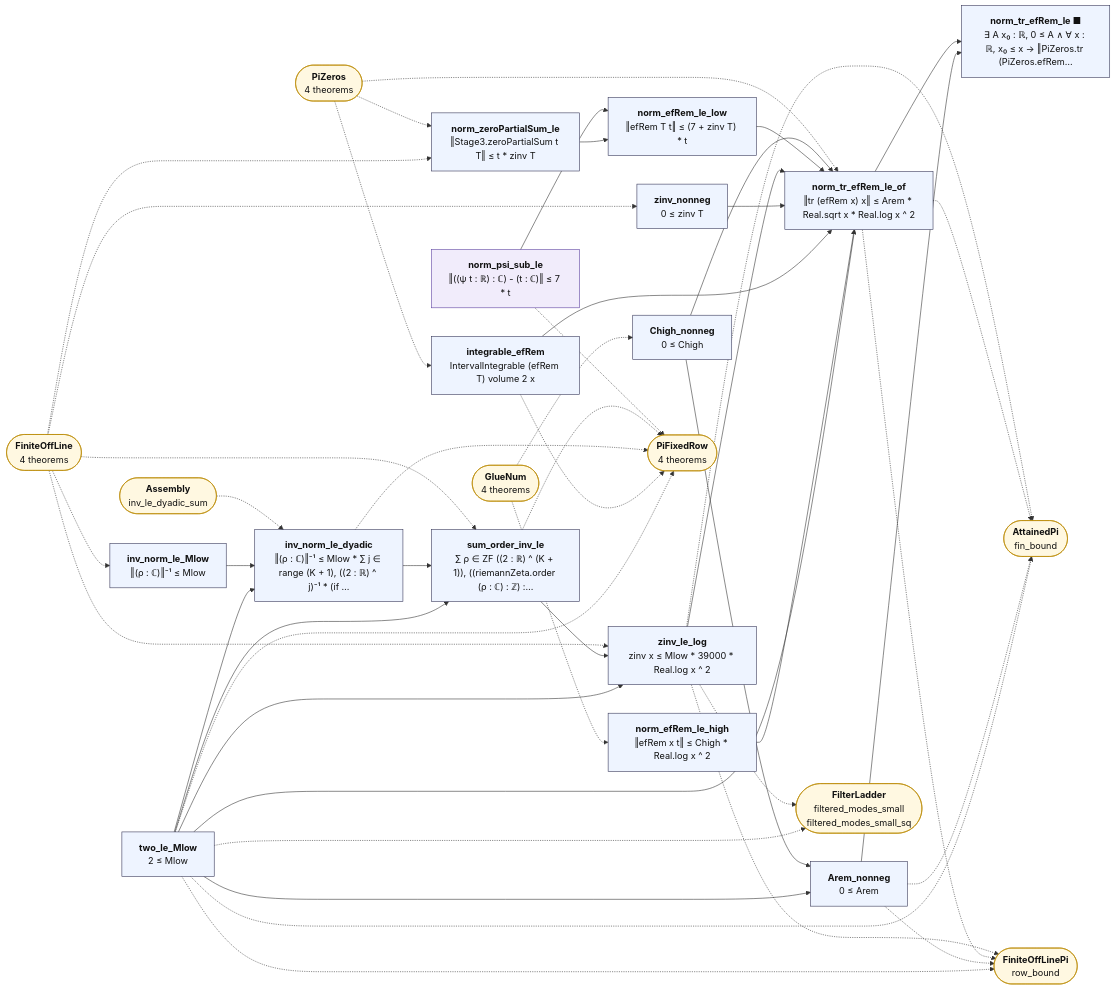
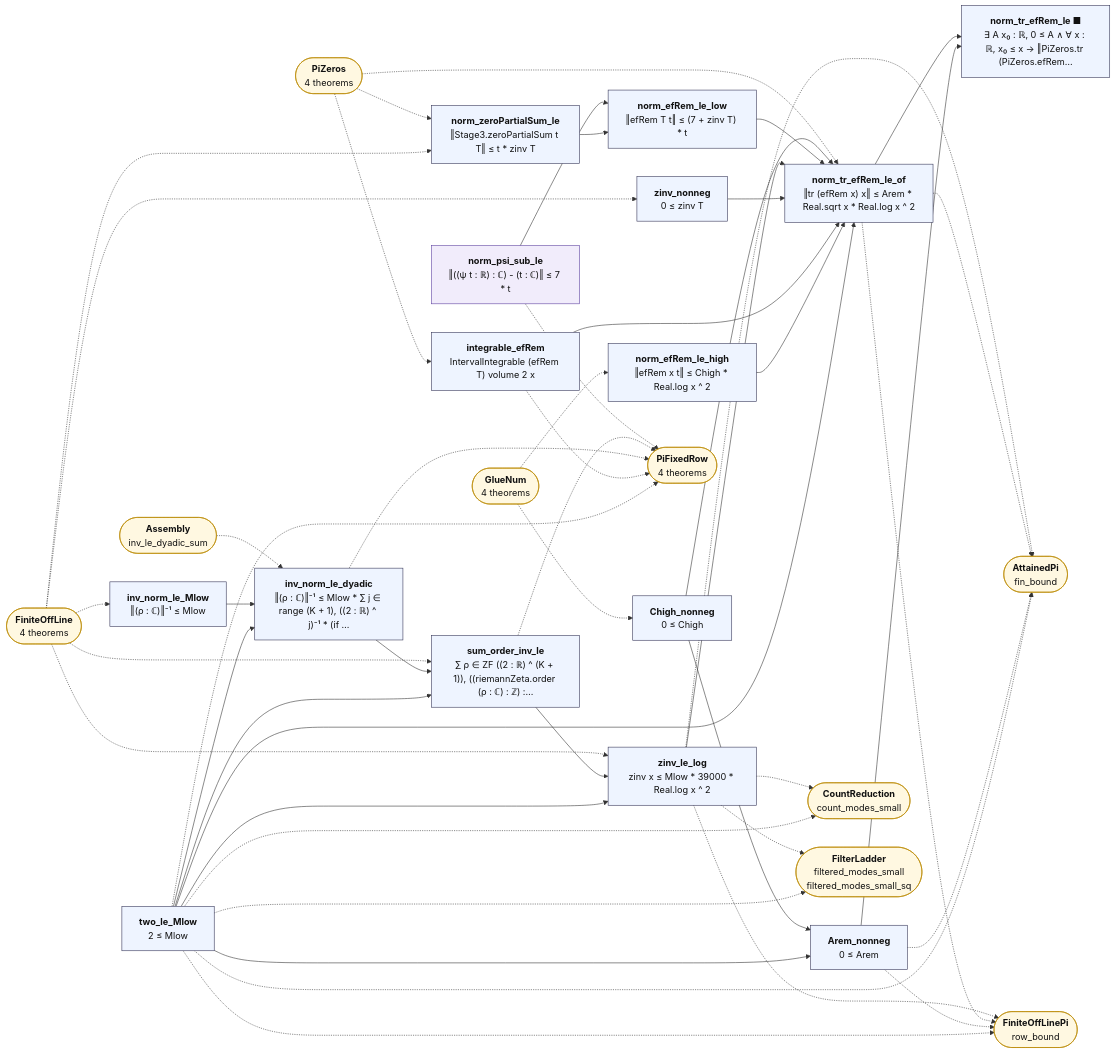
One commit to juliansambranojr/Primebeat_081426 changed the diagram in map/lean_stage3/PiRemainder.md. Above: the diagram before and after it, drawn with Mermaid. The commit also changed other lines of this file and 43 other files, not shown here.

First line of the commit message:
Block N2: the count's segments right of a line are small with a power saving (unit 0470)

````diff
--- a/map/lean_stage3/PiRemainder.md
+++ b/map/lean_stage3/PiRemainder.md
@@ -12,79 +12,82 @@
 ```mermaid
 flowchart LR
   n0["<b>two_le_Mlow</b><br/>2 ≤ Mlow"]:::thm
   n1["<b>inv_norm_le_Mlow</b><br/>‖(ρ : ℂ)‖⁻¹ ≤ Mlow"]:::thm
   n2["<b>inv_norm_le_dyadic</b><br/>‖(ρ : ℂ)‖⁻¹ ≤ Mlow * ∑ j ∈ range (K + 1), ((2 : ℝ) ^ j)⁻¹ * (if …"]:::thm
   n3["<b>sum_order_inv_le</b><br/>∑ ρ ∈ ZF ((2 : ℝ) ^ (K + 1)), ((riemannZeta.order (ρ : ℂ) : ℤ) :…"]:::thm
   n4["<b>zinv_nonneg</b><br/>0 ≤ zinv T"]:::thm
   n5["<b>zinv_le_log</b><br/>zinv x ≤ Mlow * 39000 * Real.log x ^ 2"]:::thm
   n6["<b>norm_zeroPartialSum_le</b><br/>‖Stage3.zeroPartialSum t T‖ ≤ t * zinv T"]:::thm
   n7["<b>norm_psi_sub_le</b><br/>‖((ψ t : ℝ) : ℂ) - (t : ℂ)‖ ≤ 7 * t"]:::shp
   n8["<b>norm_efRem_le_low</b><br/>‖efRem T t‖ ≤ (7 + zinv T) * t"]:::thm
   n9["<b>Chigh_nonneg</b><br/>0 ≤ Chigh"]:::thm
   n10["<b>norm_efRem_le_high</b><br/>‖efRem x t‖ ≤ Chigh * Real.log x ^ 2"]:::thm
   n11["<b>integrable_efRem</b><br/>IntervalIntegrable (efRem T) volume 2 x"]:::thm
   n12["<b>Arem_nonneg</b><br/>0 ≤ Arem"]:::thm
   n13["<b>norm_tr_efRem_le_of</b><br/>‖tr (efRem x) x‖ ≤ Arem * Real.sqrt x * Real.log x ^ 2"]:::thm
   n14["<b>norm_tr_efRem_le ■</b><br/>∃ A x₀ : ℝ, 0 ≤ A ∧ ∀ x : ℝ, x₀ ≤ x → ‖PiZeros.tr (PiZeros.efRem…"]:::thm
   x0(["<b>AttainedPi</b><br/>fin_bound"]):::ext
-  x1(["<b>FilterLadder</b><br/>filtered_modes_small<br/>filtered_modes_small_sq"]):::ext
-  x2(["<b>FiniteOffLinePi</b><br/>row_bound"]):::ext
-  x3(["<b>PiFixedRow</b><br/>4 theorems"]):::ext
-  x4(["<b>FiniteOffLine</b><br/>4 theorems"]):::ext
-  x5(["<b>Assembly</b><br/>inv_le_dyadic_sum"]):::ext
-  x6(["<b>PiZeros</b><br/>4 theorems"]):::ext
-  x7(["<b>GlueNum</b><br/>4 theorems"]):::ext
+  x1(["<b>CountReduction</b><br/>count_modes_small"]):::ext
+  x2(["<b>FilterLadder</b><br/>filtered_modes_small<br/>filtered_modes_small_sq"]):::ext
+  x3(["<b>FiniteOffLinePi</b><br/>row_bound"]):::ext
+  x4(["<b>PiFixedRow</b><br/>4 theorems"]):::ext
+  x5(["<b>FiniteOffLine</b><br/>4 theorems"]):::ext
+  x6(["<b>Assembly</b><br/>inv_le_dyadic_sum"]):::ext
+  x7(["<b>PiZeros</b><br/>4 theorems"]):::ext
+  x8(["<b>GlueNum</b><br/>4 theorems"]):::ext
   n0 --> n12
   n0 --> n13
   n0 --> n2
   n0 --> n3
   n0 --> n5
   n1 --> n2
   n10 --> n13
   n11 --> n13
   n12 --> n14
   n13 --> n14
   n2 --> n3
   n3 --> n5
   n4 --> n13
   n5 --> n13
   n6 --> n8
   n7 --> n8
   n8 --> n13
   n9 --> n12
   n9 --> n13
   n0 -.-> x0
   n0 -.-> x1
   n0 -.-> x2
   n0 -.-> x3
-  n11 -.-> x3
+  n0 -.-> x4
+  n11 -.-> x4
   n12 -.-> x0
-  n12 -.-> x2
+  n12 -.-> x3
   n13 -.-> x0
-  n13 -.-> x2
-  n2 -.-> x3
-  n3 -.-> x3
+  n13 -.-> x3
+  n2 -.-> x4
+  n3 -.-> x4
   n5 -.-> x0
   n5 -.-> x1
   n5 -.-> x2
-  n7 -.-> x3
-  x4 -.-> n1
-  x4 -.-> n3
-  x4 -.-> n4
-  x4 -.-> n5
-  x4 -.-> n6
-  x5 -.-> n2
-  x6 -.-> n11
-  x6 -.-> n13
-  x6 -.-> n6
-  x7 -.-> n10
-  x7 -.-> n9
+  n5 -.-> x3
+  n7 -.-> x4
+  x5 -.-> n1
+  x5 -.-> n3
+  x5 -.-> n4
+  x5 -.-> n5
+  x5 -.-> n6
+  x6 -.-> n2
+  x7 -.-> n11
+  x7 -.-> n13
+  x7 -.-> n6
+  x8 -.-> n10
+  x8 -.-> n9
   classDef cnt fill:#dff5ec,stroke:#17694a,color:#111
   classDef shp fill:#f1ecfb,stroke:#5b3fa0,color:#111
   classDef rh fill:#ffe5e5,stroke:#c22,color:#111,stroke-width:2px
   classDef thm fill:#eef4ff,stroke:#335,color:#111
   classDef end_ fill:#e7f7e7,stroke:#2a7,color:#111,stroke-width:2px
   classDef lone fill:#fff,stroke:#999,color:#111,stroke-dasharray:4 3
   classDef bad fill:#ffe5e5,stroke:#c22,color:#111,stroke-width:2px
   classDef ext fill:#fff8e1,stroke:#b80,color:#111
 ```
````
